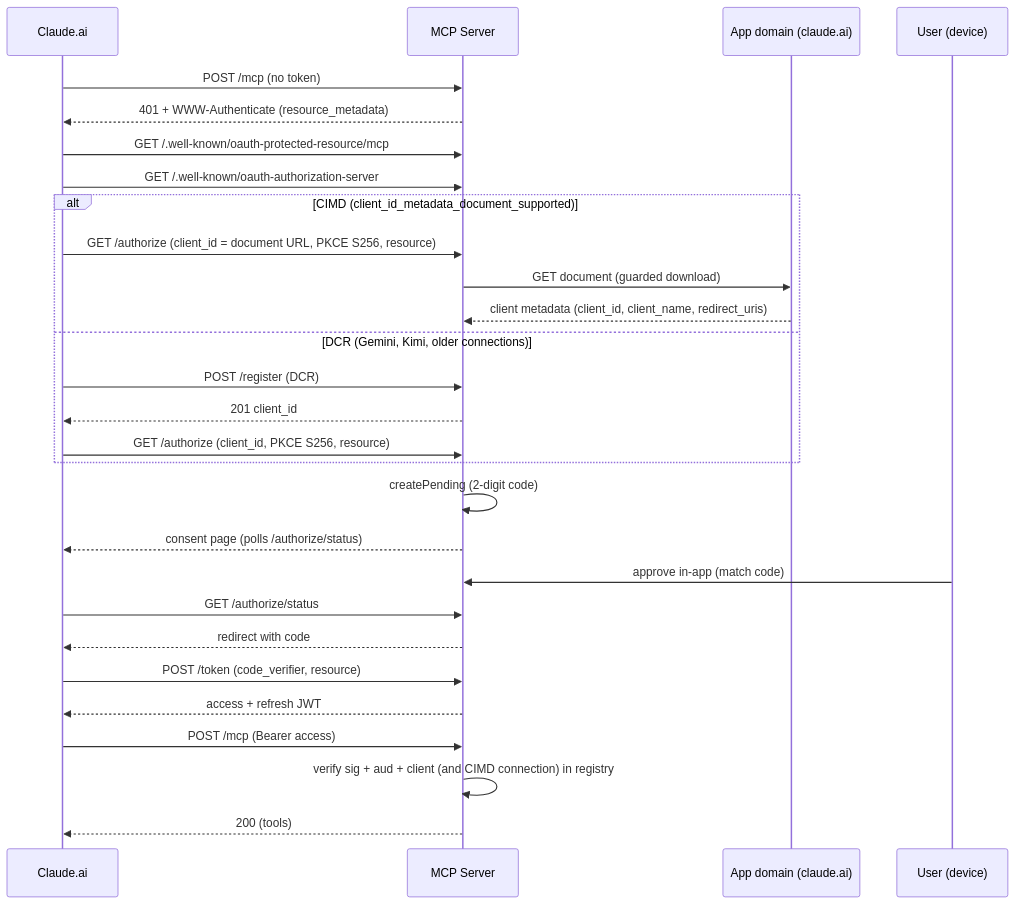
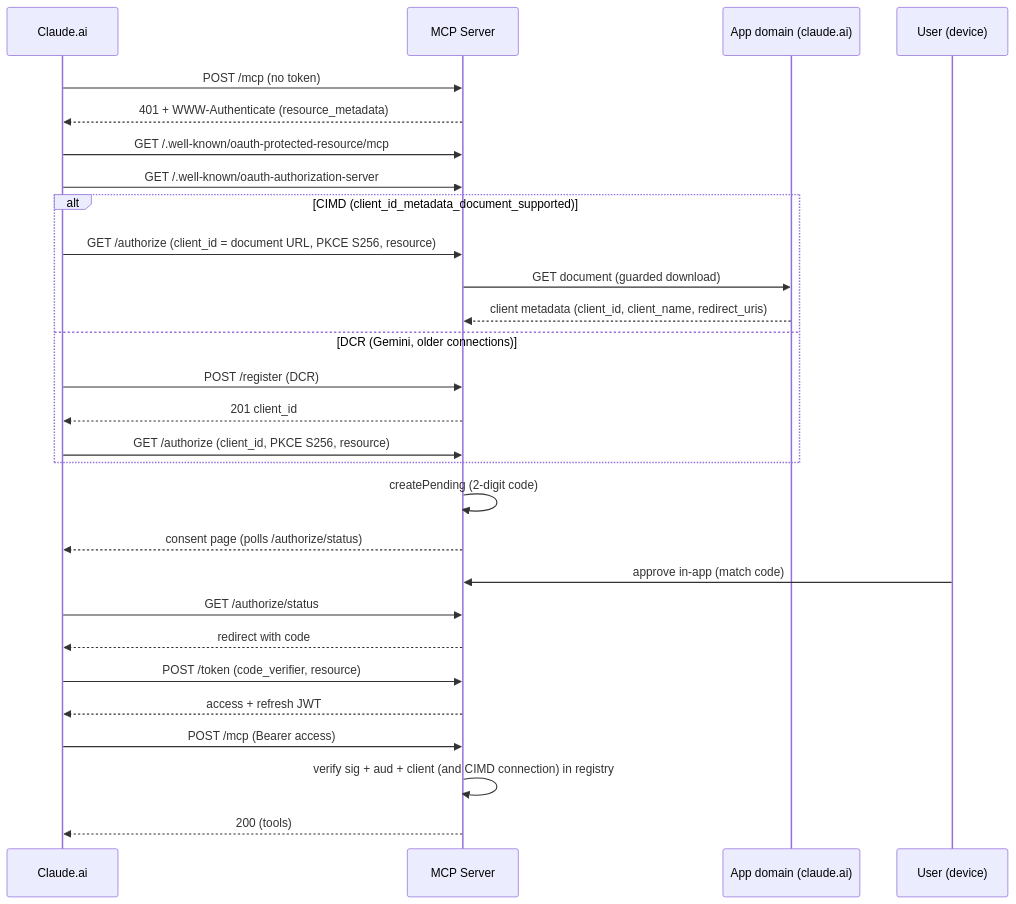
One commit to danielealbano/android-remote-control-mcp changed the fifth of 7 diagrams in docs/ARCHITECTURE.md. Above: the diagram before and after it, drawn with Mermaid. The commit also changed other lines of this file and 1 other file, not shown here.

Commit message:
docs: the approval's icon kept for the clients list
PROJECT.md describes the icon resolved once at /authorize and kept on the client row, and the image loaders' guard. ARCHITECTURE.md fixes the Kimi label in the sequence diagram and extends the OAuthPolicy description.

````diff
--- a/docs/ARCHITECTURE.md
+++ b/docs/ARCHITECTURE.md
@@ -307,30 +307,30 @@
 ```mermaid
 sequenceDiagram
     participant C as Claude.ai
     participant S as MCP Server
     participant D as App domain (claude.ai)
     participant U as User (device)
     C->>S: POST /mcp (no token)
     S-->>C: 401 + WWW-Authenticate (resource_metadata)
     C->>S: GET /.well-known/oauth-protected-resource/mcp
     C->>S: GET /.well-known/oauth-authorization-server
     alt CIMD (client_id_metadata_document_supported)
         C->>S: GET /authorize (client_id = document URL, PKCE S256, resource)
         S->>D: GET document (guarded download)
         D-->>S: client metadata (client_id, client_name, redirect_uris)
-    else DCR (Gemini, Kimi, older connections)
+    else DCR (Gemini, older connections)
         C->>S: POST /register (DCR)
         S-->>C: 201 client_id
         C->>S: GET /authorize (client_id, PKCE S256, resource)
     end
     S->>S: createPending (2-digit code)
     S-->>C: consent page (polls /authorize/status)
     U->>S: approve in-app (match code)
     C->>S: GET /authorize/status
     S-->>C: redirect with code
     C->>S: POST /token (code_verifier, resource)
     S-->>C: access + refresh JWT
     C->>S: POST /mcp (Bearer access)
     S->>S: verify sig + aud + client (and CIMD connection) in registry
     S-->>C: 200 (tools)
 ```
````
